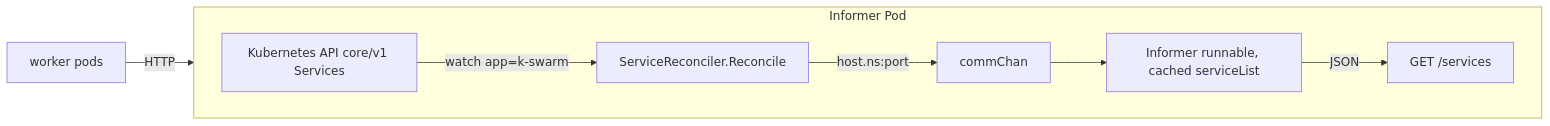
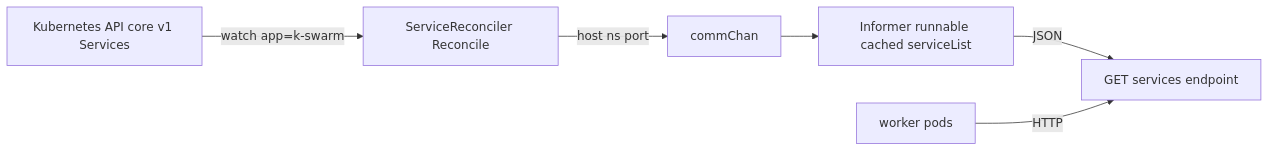
One commit to h0tbird/k-swarm changed the fourth of 6 diagrams in docs/architecture.md. Above: the diagram before and after it, drawn with Mermaid. The commit also changed other lines of this file, not shown here.

Commit message:
Fix diagrams

````diff
--- a/docs/architecture.md
+++ b/docs/architecture.md
@@ -173,11 +164,15 @@
 ```mermaid
 flowchart LR
-    subgraph InformerPod[Informer Pod]
-        direction LR
-        K[Kubernetes API core/v1 Services] -->|watch app=k-swarm| R[ServiceReconciler.Reconcile]
-        R -->|host.ns:port| C[commChan]
-        C --> G[Informer runnable, cached serviceList]
-        G -->|JSON| H[GET /services]
-    end
-    Worker[worker pods] -->|HTTP| H
+    K[Kubernetes API core v1 Services]
+    R[ServiceReconciler Reconcile]
+    C[commChan]
+    G[Informer runnable cached serviceList]
+    H[GET services endpoint]
+    Worker[worker pods]
+
+    K -->|watch app=k-swarm| R
+    R -->|host ns port| C
+    C --> G
+    G -->|JSON| H
+    Worker -->|HTTP| H
 ```
````
